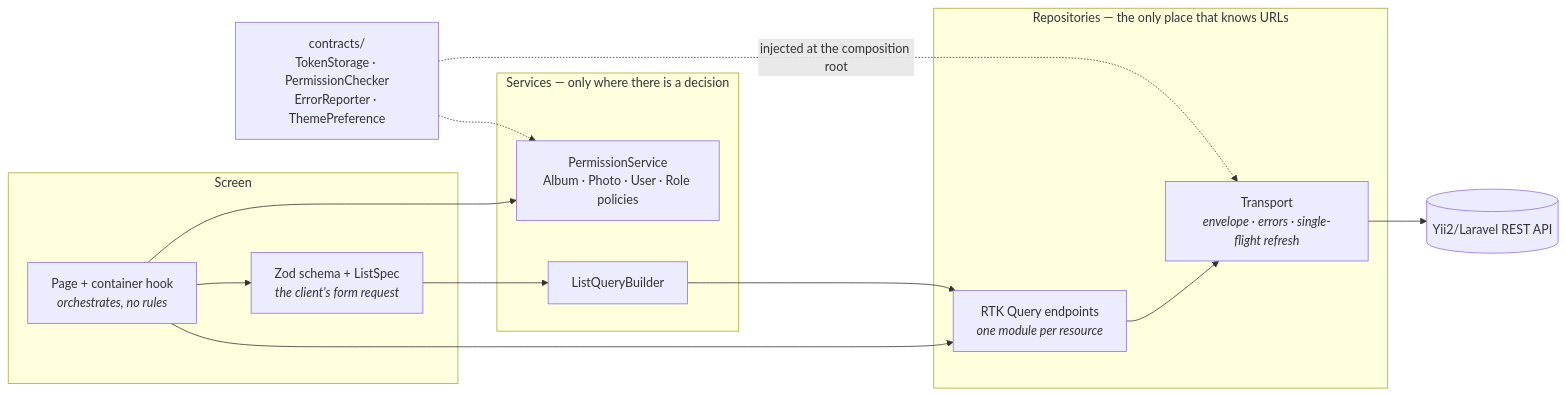
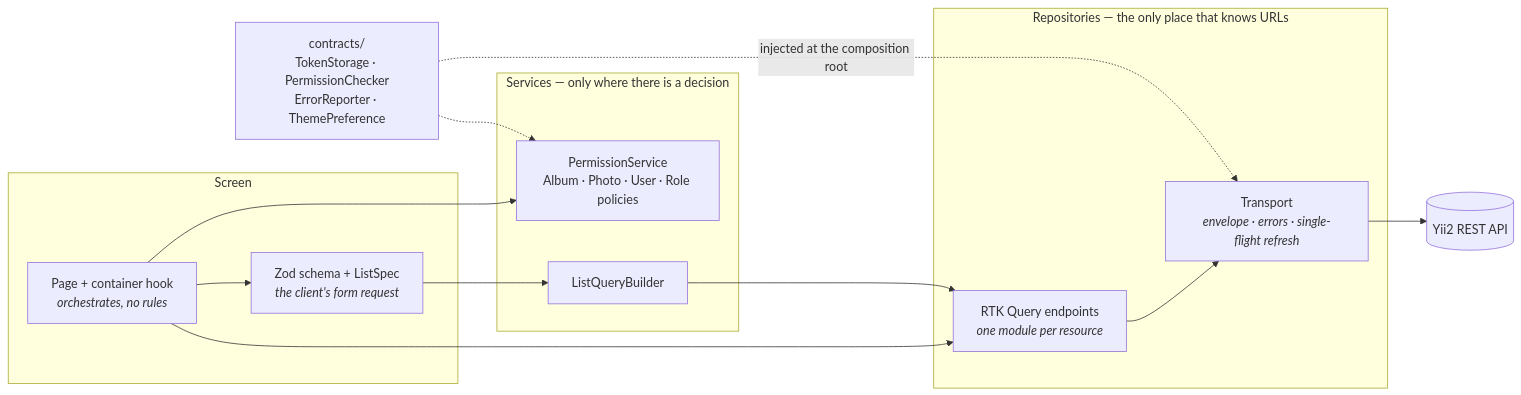
One commit to fuegoalma/react-client-sample changed the diagram in README.md. Above: the diagram before and after it, drawn with Mermaid. The commit also changed other lines of this file and 5 other files, not shown here.

````diff
--- a/README.md
+++ b/README.md
@@ -47,30 +47,30 @@
 ```mermaid
 flowchart LR
   subgraph UI["Screen"]
     P["Page + container hook<br/><i>orchestrates, no rules</i>"]
     F["Zod schema + ListSpec<br/><i>the client's form request</i>"]
   end
 
   subgraph Logic["Services — only where there is a decision"]
     POL["PermissionService<br/>Album · Photo · User · Role policies"]
     LQ["ListQueryBuilder"]
   end
 
   subgraph Data["Repositories — the only place that knows URLs"]
     R["RTK Query endpoints<br/><i>one module per resource</i>"]
     T["Transport<br/><i>envelope · errors · single-flight refresh</i>"]
   end
 
   C["contracts/<br/>TokenStorage · PermissionChecker<br/>ErrorReporter · ThemePreference"]
-  API[("Yii2/Laravel REST API")]
+  API[("Yii2 REST API")]
 
   P --> POL
   P --> F
   P --> R
   F --> LQ
   LQ --> R
   R --> T
   T --> API
   C -. "injected at the composition root" .-> T
   C -.-> POL
 ```
````
